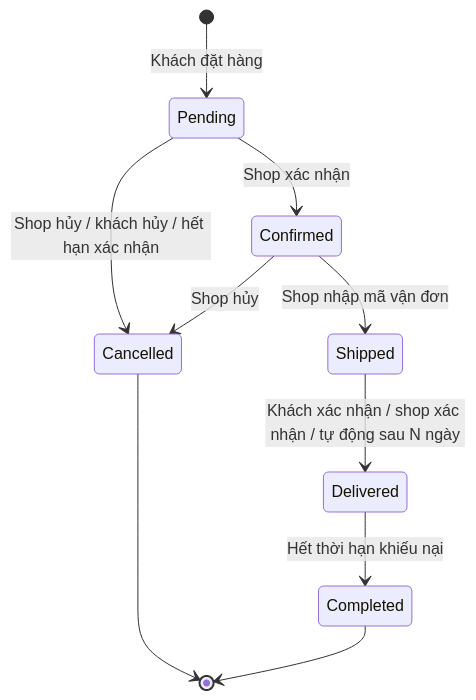
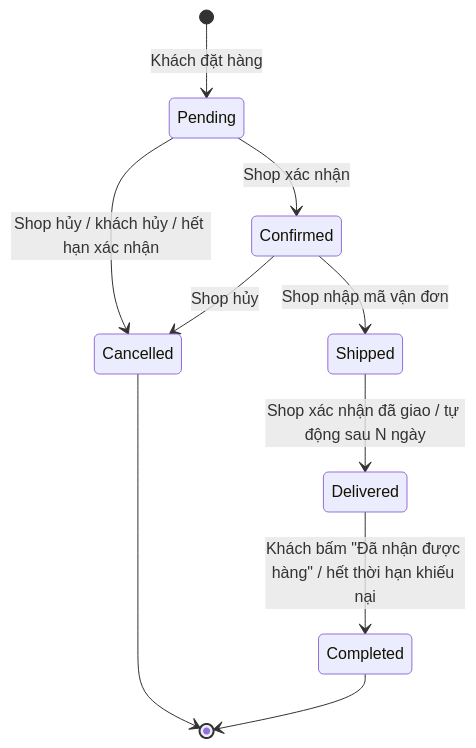
The diagram in docs/modules/vendor-orders-prd.md (hoangfnam03/nomori-marketplace-backend), drawn with Mermaid before and after one commit. The commit also changed other lines of this file and 13 other files, not shown here.

````diff
--- a/docs/modules/vendor-orders-prd.md
+++ b/docs/modules/vendor-orders-prd.md
@@ -60,12 +60,12 @@
 ```mermaid
 stateDiagram-v2
     [*] --> Pending: Khách đặt hàng
     Pending --> Confirmed: Shop xác nhận
     Pending --> Cancelled: Shop hủy / khách hủy / hết hạn xác nhận
     Confirmed --> Shipped: Shop nhập mã vận đơn
     Confirmed --> Cancelled: Shop hủy
-    Shipped --> Delivered: Khách xác nhận / shop xác nhận / tự động sau N ngày
-    Delivered --> Completed: Hết thời hạn khiếu nại
+    Shipped --> Delivered: Shop xác nhận đã giao / tự động sau N ngày
+    Delivered --> Completed: Khách bấm "Đã nhận được hàng" / hết thời hạn khiếu nại
     Cancelled --> [*]
     Completed --> [*]
 ```
````
